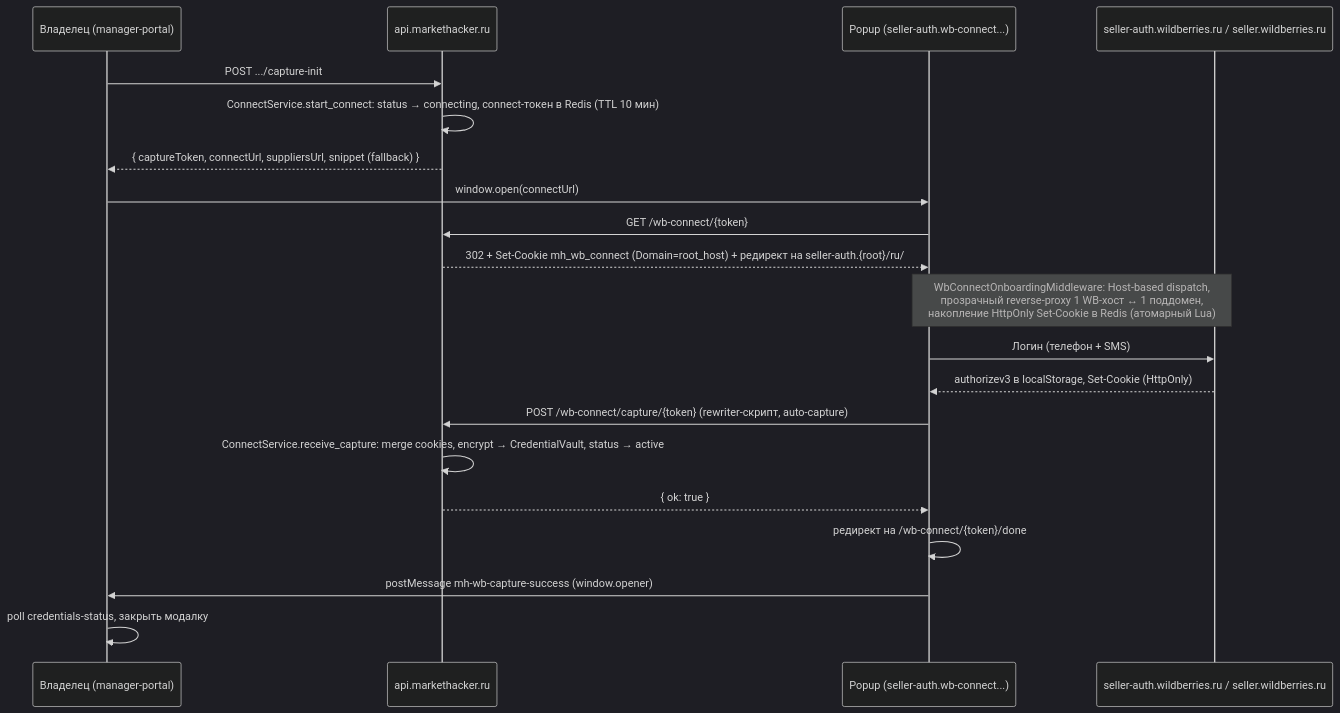
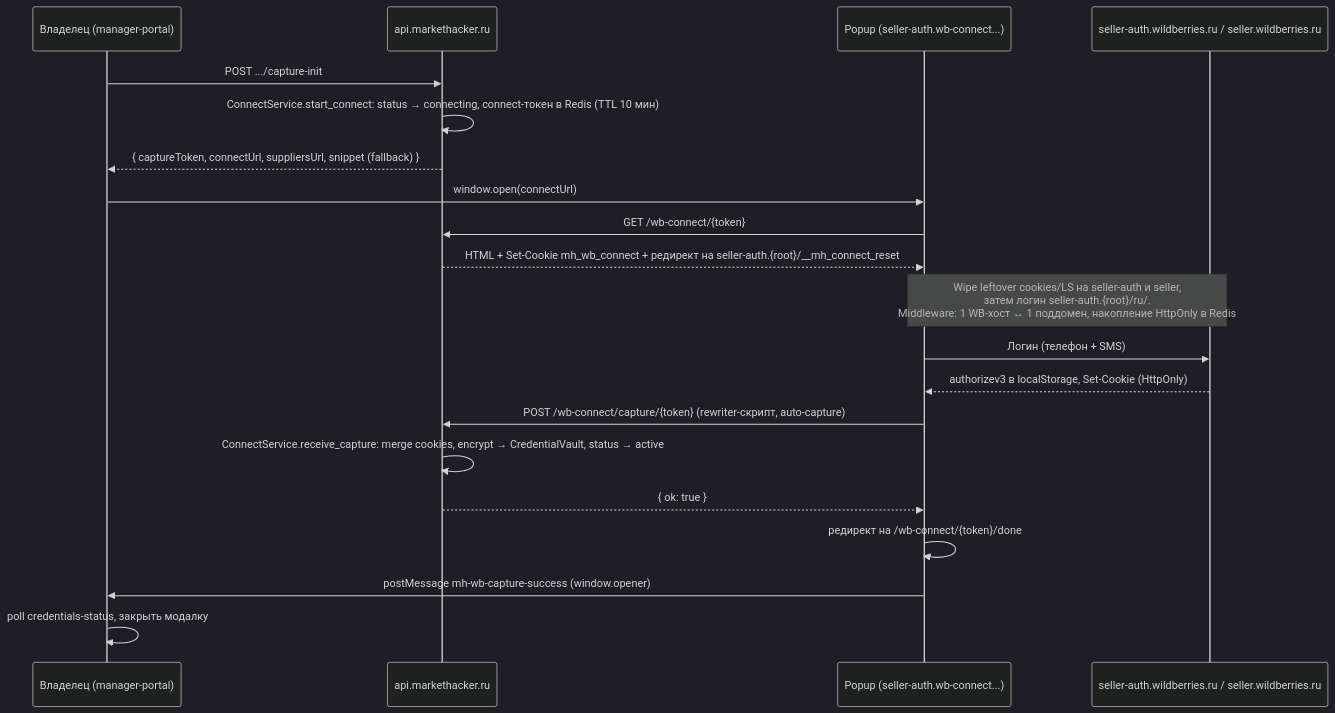
One commit to MarketHackerLabs/docs changed the second of 2 diagrams in architecture/wb-portal-proxy.md. Above: the diagram before and after it, drawn with Mermaid (dark theme). The commit also changed other lines of this file and 18 other files, not shown here.

````diff
--- a/architecture/wb-portal-proxy.md
+++ b/architecture/wb-portal-proxy.md
@@ -180,28 +181,28 @@
 ```mermaid
 sequenceDiagram
     participant O as Владелец (manager-portal)
     participant API as api.markethacker.ru
     participant Popup as Popup (seller-auth.wb-connect...)
     participant WB as seller-auth.wildberries.ru / seller.wildberries.ru
 
     O->>API: POST .../capture-init
     API->>API: ConnectService.start_connect: status → connecting, connect-токен в Redis (TTL 10 мин)
     API-->>O: { captureToken, connectUrl, suppliersUrl, snippet (fallback) }
 
     O->>Popup: window.open(connectUrl)
     Popup->>API: GET /wb-connect/{token}
-    API-->>Popup: 302 + Set-Cookie mh_wb_connect (Domain=root_host) + редирект на seller-auth.{root}/ru/
+    API-->>Popup: HTML + Set-Cookie mh_wb_connect + редирект на seller-auth.{root}/__mh_connect_reset
 
-    Note over Popup,WB: WbConnectOnboardingMiddleware: Host-based dispatch,<br/>прозрачный reverse-proxy 1 WB-хост ↔ 1 поддомен,<br/>накопление HttpOnly Set-Cookie в Redis (атомарный Lua)
+    Note over Popup,WB: Wipe leftover cookies/LS на seller-auth и seller,<br/>затем логин seller-auth.{root}/ru/.<br/>Middleware: 1 WB-хост ↔ 1 поддомен, накопление HttpOnly в Redis
 
     Popup->>WB: Логин (телефон + SMS)
     WB-->>Popup: authorizev3 в localStorage, Set-Cookie (HttpOnly)
 
     Popup->>API: POST /wb-connect/capture/{token} (rewriter-скрипт, auto-capture)
     API->>API: ConnectService.receive_capture: merge cookies, encrypt → CredentialVault, status → active
     API-->>Popup: { ok: true }
 
     Popup->>Popup: редирект на /wb-connect/{token}/done
     Popup->>O: postMessage mh-wb-capture-success (window.opener)
     O->>O: poll credentials-status, закрыть модалку
 ```
````
